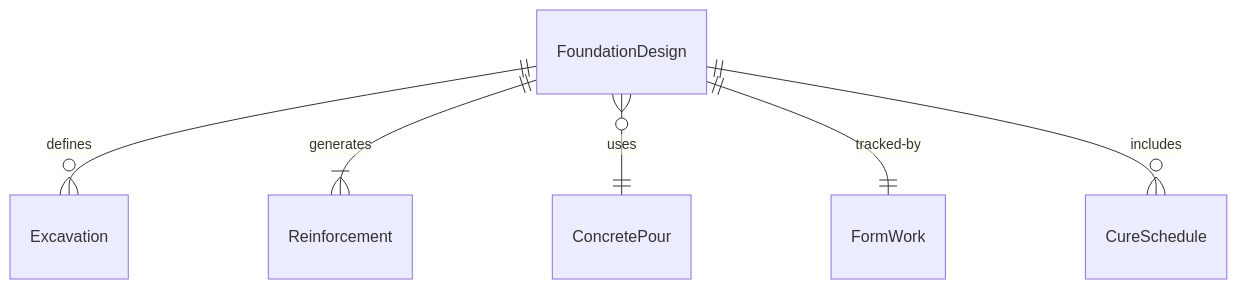
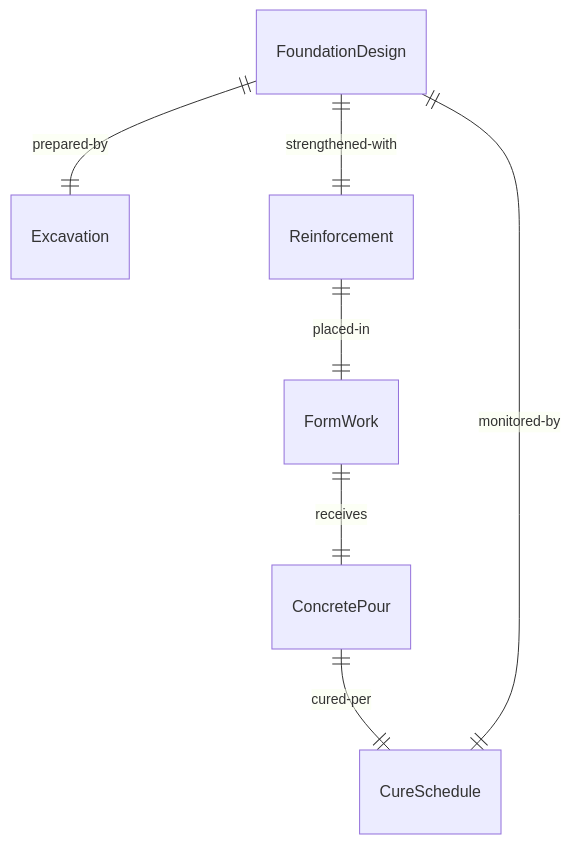
One commit to dot-org-ai/tasks.org.ai changed the first of 4 diagrams in HandlingAndMovingObjects/BuildStructures/InstallStructuralFoundations.mdx. Above: the diagram before and after it, drawn with Mermaid. The commit also changed other lines of this file and 515 other files, not shown here.

````diff
--- a/HandlingAndMovingObjects/BuildStructures/InstallStructuralFoundations.mdx
+++ b/HandlingAndMovingObjects/BuildStructures/InstallStructuralFoundations.mdx
@@ -87,8 +87,9 @@
 ```mermaid
 erDiagram
-    FoundationDesign ||--o{ Excavation : "defines"
-    FoundationDesign ||--|{ Reinforcement : "generates"
-    FoundationDesign }o--|| ConcretePour : "uses"
-    FoundationDesign ||--|| FormWork : "tracked-by"
-    FoundationDesign ||--o{ CureSchedule : "includes"
+    FoundationDesign ||--|| Excavation : "prepared-by"
+    FoundationDesign ||--|| Reinforcement : "strengthened-with"
+    Reinforcement ||--|| FormWork : "placed-in"
+    FormWork ||--|| ConcretePour : "receives"
+    ConcretePour ||--|| CureSchedule : "cured-per"
+    FoundationDesign ||--|| CureSchedule : "monitored-by"
 ```
````
